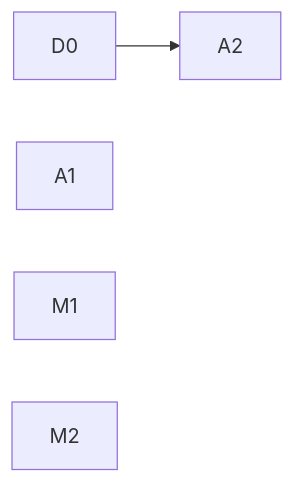
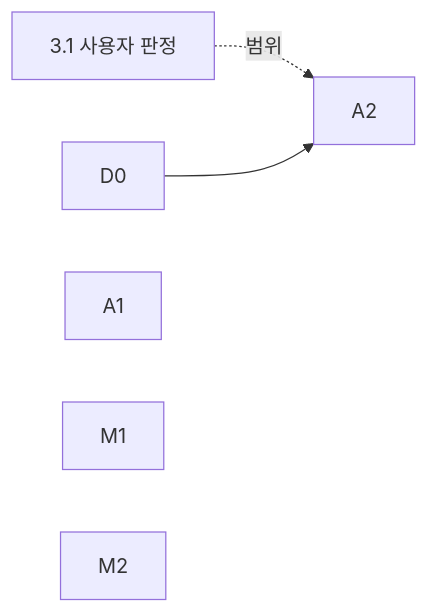
The diagram in docs/design/serving/control-reaction-plan.md (lab-paper-code/chill), drawn with Mermaid before and after one commit. The commit also changed other lines of this file, not shown here.

````diff
--- a/docs/design/serving/control-reaction-plan.md
+++ b/docs/design/serving/control-reaction-plan.md
@@ -117,7 +130,8 @@
 ```mermaid
 graph LR
+  S[3.1 사용자 판정] -.범위.-> A2
   D0 --> A2
   A1
   M1
   M2
 ```
````
